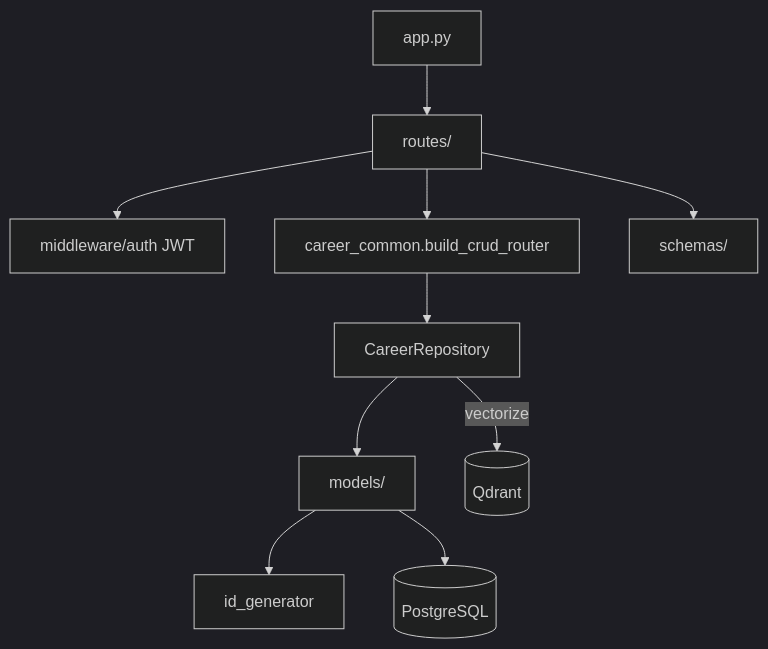
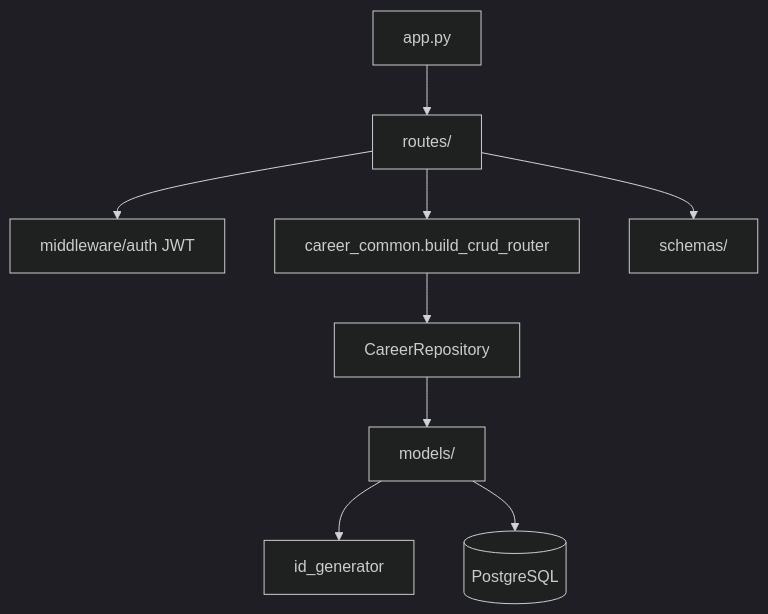
The first of 2 diagrams in cjhirashi-career-api/docs/sections/infrastructure/README.md (cjhirashi/cjhirashi-career), drawn with Mermaid (dark theme) before and after one commit. The commit also changed other lines of this file and 81 other files, not shown here.

````diff
--- a/cjhirashi-career-api/docs/sections/infrastructure/README.md
+++ b/cjhirashi-career-api/docs/sections/infrastructure/README.md
@@ -7,12 +7,11 @@
 ```mermaid
 flowchart TB
     App[app.py] --> Routes[routes/]
     Routes --> MW[middleware/auth JWT]
     Routes --> Factory[career_common.build_crud_router]
     Factory --> Repo[CareerRepository]
     Repo --> Models[models/]
     Models --> IDs[id_generator]
     Models --> PG[(PostgreSQL)]
-    Repo -->|vectorize| Qdrant[(Qdrant)]
     Routes --> Schemas[schemas/]
 ```
````
